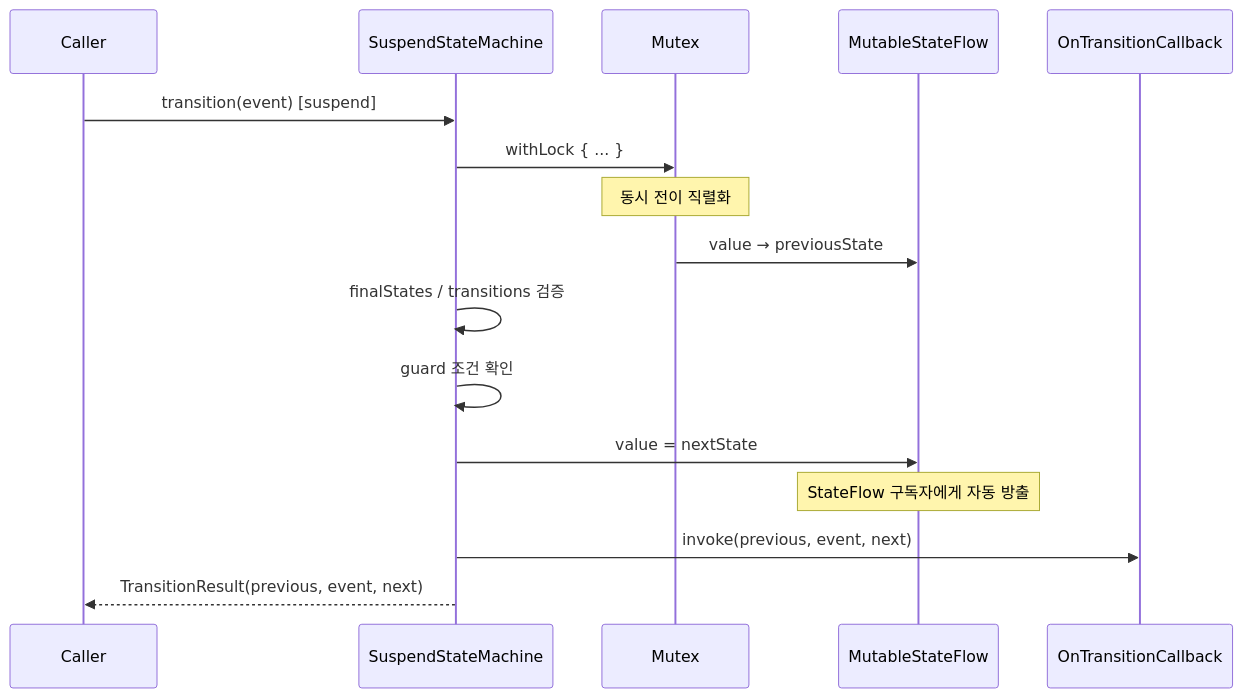
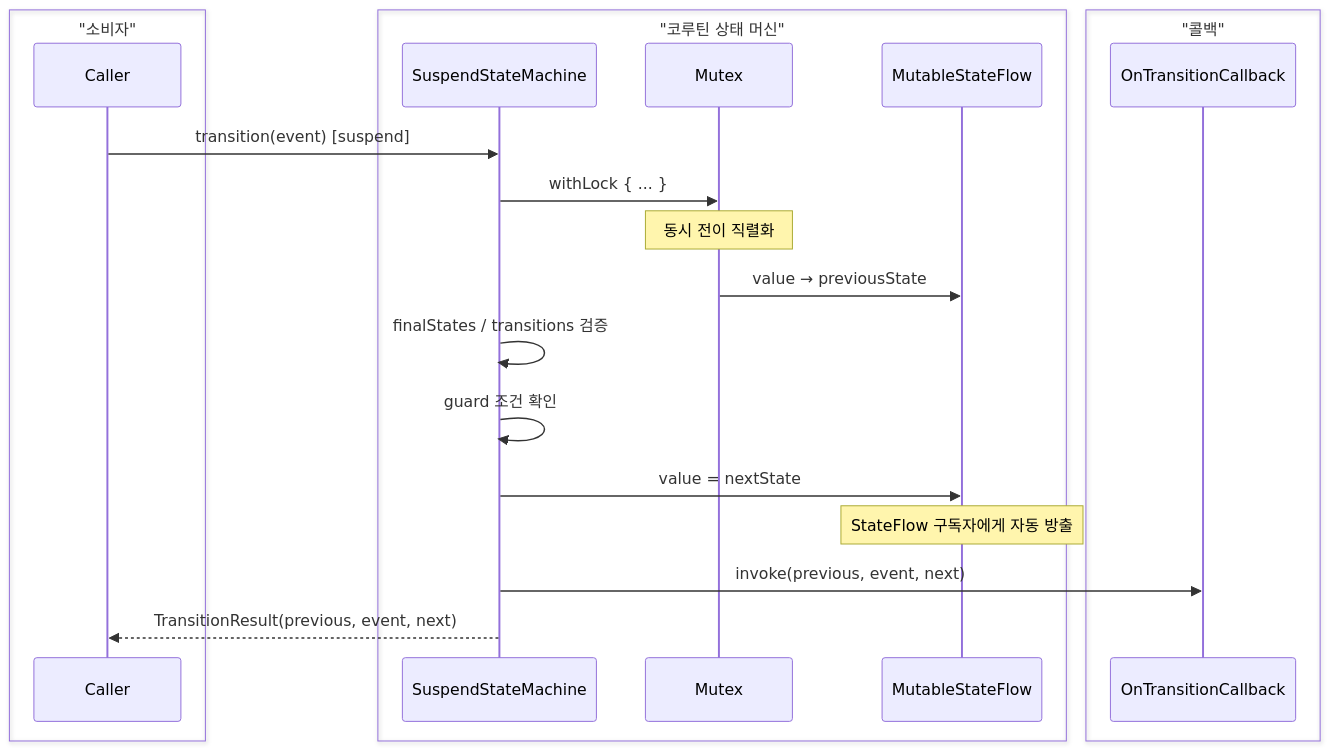
One commit to bluetape4k/bluetape4k-projects changed the eighth of 8 diagrams in utils/states/README.ko.md. Above: the diagram before and after it, drawn with Mermaid. The commit also changed other lines of this file and 221 other files, not shown here.

First line of the commit message:
docs: 전체 모듈 README UML 다이어그램 보강 및 색상 업그레이드

````diff
--- a/utils/states/README.ko.md
+++ b/utils/states/README.ko.md
@@ -321,20 +356,26 @@
 ```mermaid
 sequenceDiagram
+    box "소비자" #E8F5E9
     participant Caller
+    end
+    box "코루틴 상태 머신" #F3E5F5
     participant SuspendStateMachine
     participant Mutex
     participant MutableStateFlow
+    end
+    box "콜백" #FFF3E0
     participant OnTransitionCallback
+    end
 
     Caller->>SuspendStateMachine: transition(event) [suspend]
     SuspendStateMachine->>Mutex: withLock { ... }
     Note over Mutex: 동시 전이 직렬화
 
     Mutex->>MutableStateFlow: value → previousState
     SuspendStateMachine->>SuspendStateMachine: finalStates / transitions 검증
     SuspendStateMachine->>SuspendStateMachine: guard 조건 확인
     SuspendStateMachine->>MutableStateFlow: value = nextState
     Note over MutableStateFlow: StateFlow 구독자에게 자동 방출
     SuspendStateMachine->>OnTransitionCallback: invoke(previous, event, next)
     SuspendStateMachine-->>Caller: TransitionResult(previous, event, next)
 ```
````
